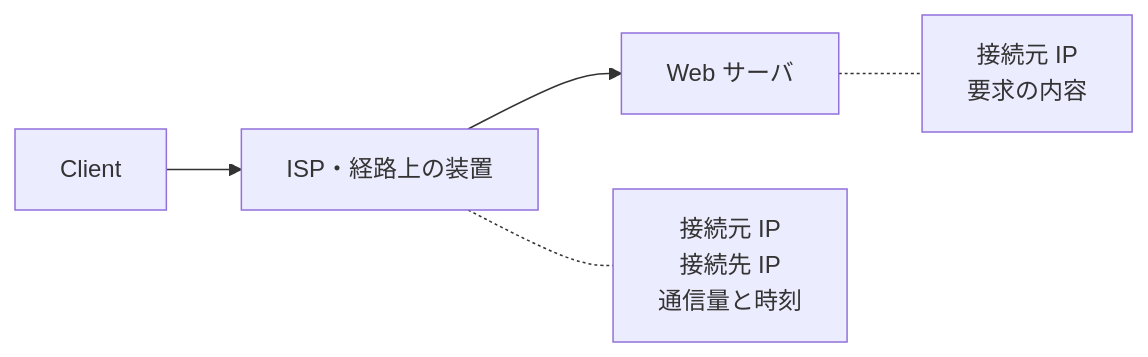
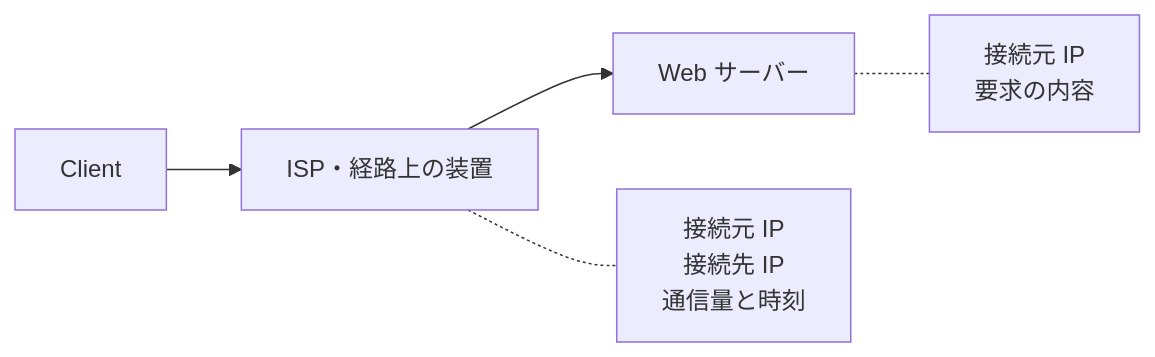
One commit to nao1215/debimate changed the second of 7 diagrams in content/notes/security/tor/index.md. Above: the diagram before and after it, drawn with Mermaid. The commit also changed other lines of this file and 56 other files, not shown here.

````diff
--- a/content/notes/security/tor/index.md
+++ b/content/notes/security/tor/index.md
@@ -47,6 +47,6 @@
 ```mermaid
 flowchart LR
-    C["Client"] --> I["ISP・経路上の装置"] --> S["Web サーバ"]
+    C["Client"] --> I["ISP・経路上の装置"] --> S["Web サーバー"]
     I -.- N1["接続元 IP<br/>接続先 IP<br/>通信量と時刻"]
     S -.- N2["接続元 IP<br/>要求の内容"]
 ```
````
